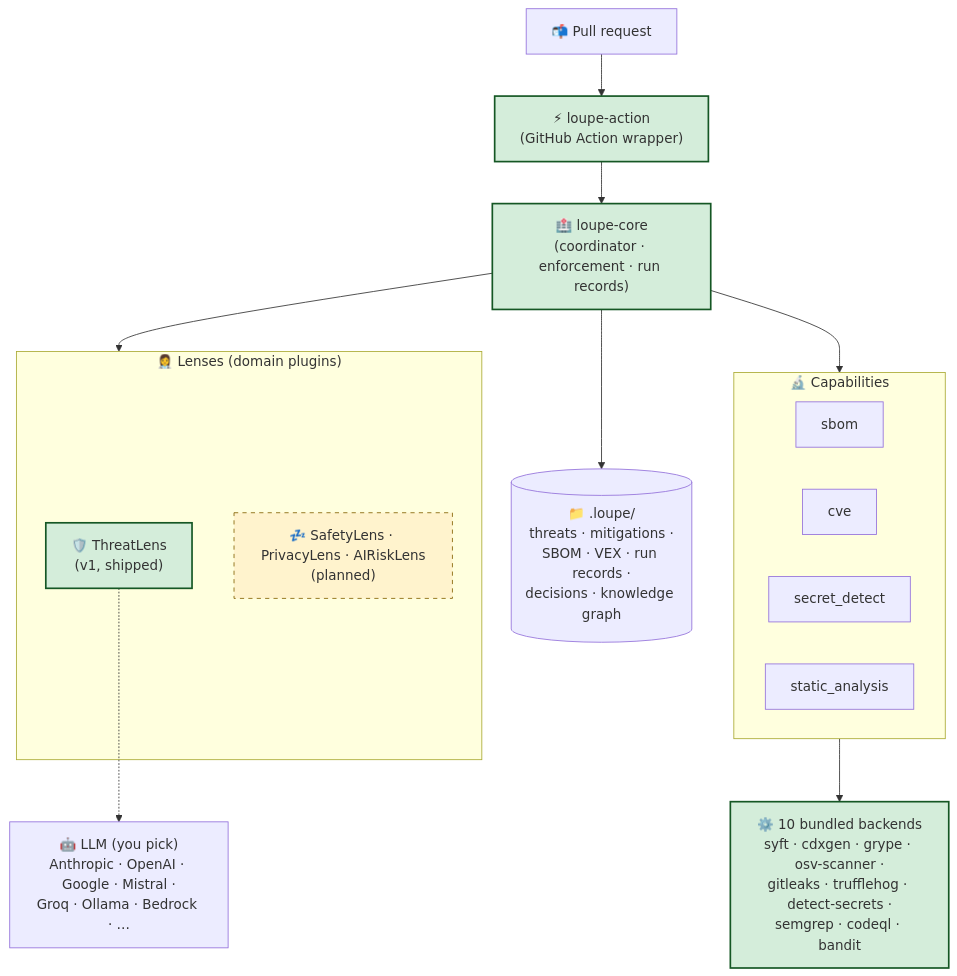
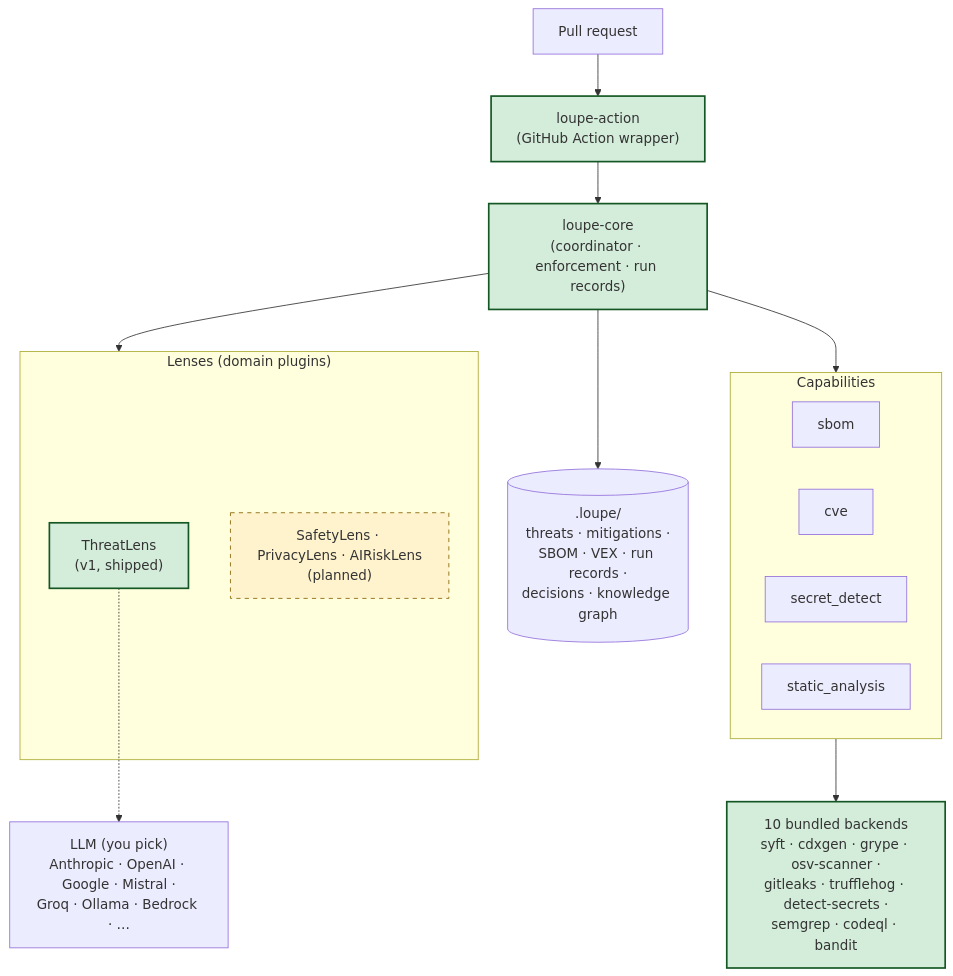
The diagram in README.md (fadi-labib/loupe), drawn with Mermaid before and after one commit. The commit also changed other lines of this file, not shown here.

````diff
--- a/README.md
+++ b/README.md
@@ -77,36 +81,36 @@
 ```mermaid
 flowchart TB
-    PR["📬 Pull request"]
-    Action["⚡ loupe-action<br/>(GitHub Action wrapper)"]
-    Core["🏥 loupe-core<br/>(coordinator · enforcement · run records)"]
+    PR["Pull request"]
+    Action["loupe-action<br/>(GitHub Action wrapper)"]
+    Core["loupe-core<br/>(coordinator · enforcement · run records)"]
 
-    subgraph lenses["👩‍⚕️ Lenses (domain plugins)"]
-        ThreatLens["🛡️ ThreatLens<br/>(v1, shipped)"]
-        Future["💤 SafetyLens · PrivacyLens · AIRiskLens<br/>(planned)"]
+    subgraph lenses["Lenses (domain plugins)"]
+        ThreatLens["ThreatLens<br/>(v1, shipped)"]
+        Future["SafetyLens · PrivacyLens · AIRiskLens<br/>(planned)"]
     end
 
-    subgraph caps["🔬 Capabilities"]
+    subgraph caps["Capabilities"]
         SBOM["sbom"]
         CVE["cve"]
         Secret["secret_detect"]
         SAST["static_analysis"]
     end
 
-    Backends["⚙️ 10 bundled backends<br/>syft · cdxgen · grype · osv-scanner ·<br/>gitleaks · trufflehog · detect-secrets ·<br/>semgrep · codeql · bandit"]
+    Backends["10 bundled backends<br/>syft · cdxgen · grype · osv-scanner ·<br/>gitleaks · trufflehog · detect-secrets ·<br/>semgrep · codeql · bandit"]
 
-    LLM["🤖 LLM (you pick)<br/>Anthropic · OpenAI · Google · Mistral ·<br/>Groq · Ollama · Bedrock · …"]
+    LLM["LLM (you pick)<br/>Anthropic · OpenAI · Google · Mistral ·<br/>Groq · Ollama · Bedrock · …"]
 
-    Artefacts[("📁 .loupe/<br/>threats · mitigations ·<br/>SBOM · VEX · run records ·<br/>decisions · knowledge graph")]
+    Artefacts[(".loupe/<br/>threats · mitigations ·<br/>SBOM · VEX · run records ·<br/>decisions · knowledge graph")]
 
     PR --> Action --> Core
     Core --> lenses
     Core --> caps
     caps --> Backends
     ThreatLens -.-> LLM
     Core --> Artefacts
 
     classDef shipped fill:#d4edda,stroke:#155724,stroke-width:2px
     classDef planned fill:#fff3cd,stroke:#856404,stroke-width:1px,stroke-dasharray:5 5
     class ThreatLens,Action,Core,Backends shipped
     class Future planned
 ```
````
